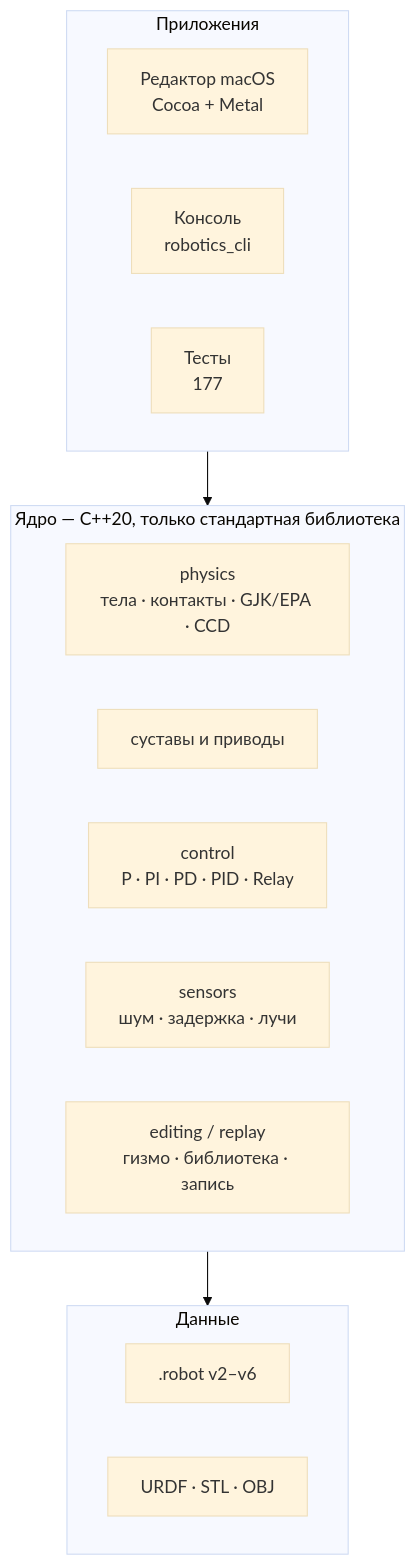
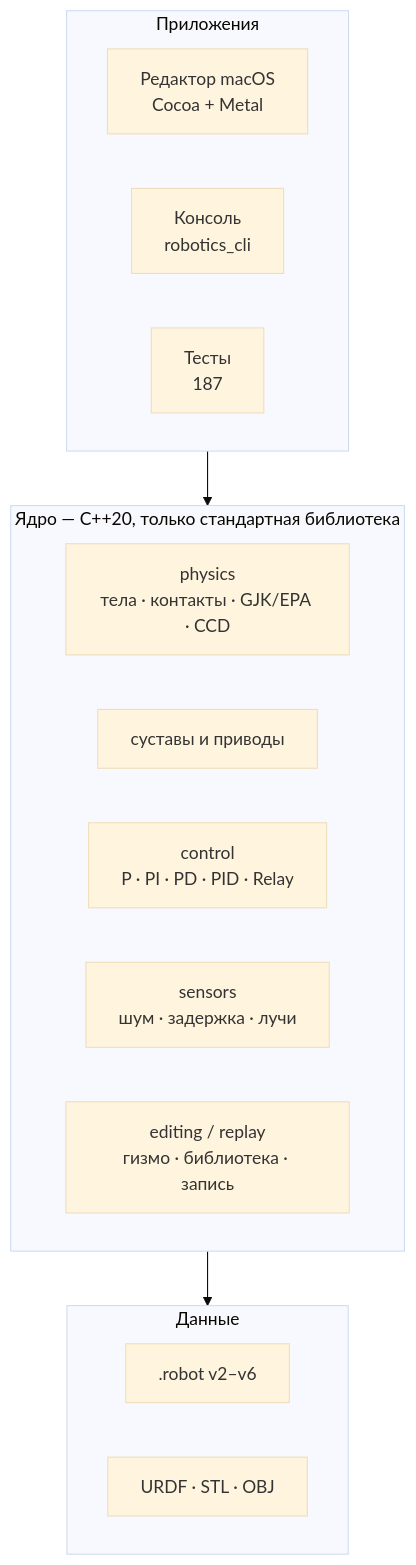
The second of 2 diagrams in README.md (Jekov-Evgen/RoboticsModel), drawn with Mermaid (base theme) before and after one commit. The commit also changed other lines of this file and 16 other files, not shown here.

````diff
--- a/README.md
+++ b/README.md
@@ -205,20 +214,20 @@
 ```mermaid
 flowchart TB
     subgraph apps[Приложения]
         E[Редактор macOS<br/>Cocoa + Metal]
         C[Консоль<br/>robotics_cli]
-        T[Тесты<br/>177]
+        T[Тесты<br/>187]
     end
     subgraph core[Ядро — C++20, только стандартная библиотека]
         P[physics<br/>тела · контакты · GJK/EPA · CCD]
         J[суставы и приводы]
         K[control<br/>P · PI · PD · PID · Relay]
         S[sensors<br/>шум · задержка · лучи]
         ED[editing / replay<br/>гизмо · библиотека · запись]
     end
     subgraph data[Данные]
         F[.robot v2–v6]
         U[URDF · STL · OBJ]
     end
     apps --> core --> data
 ```
````
